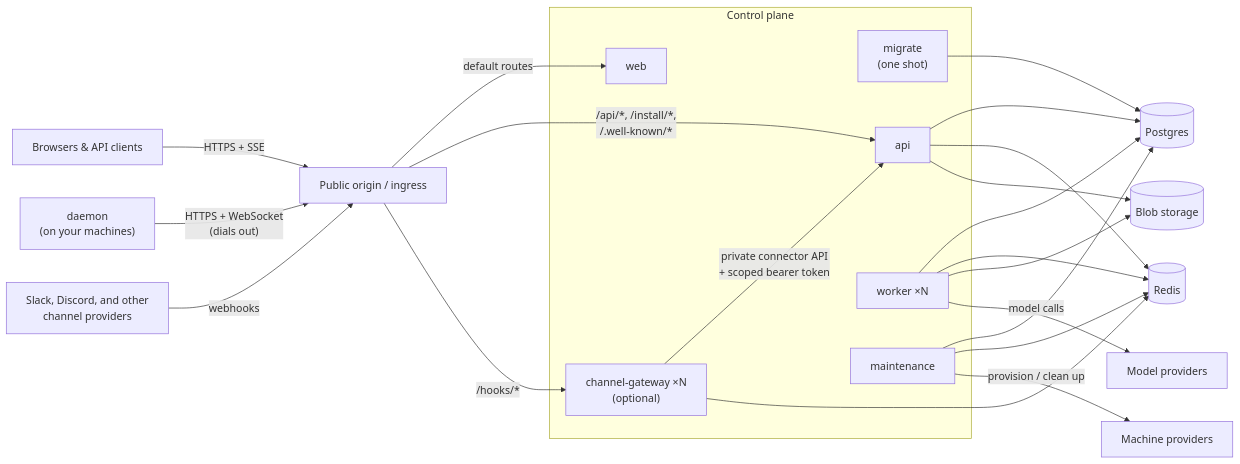
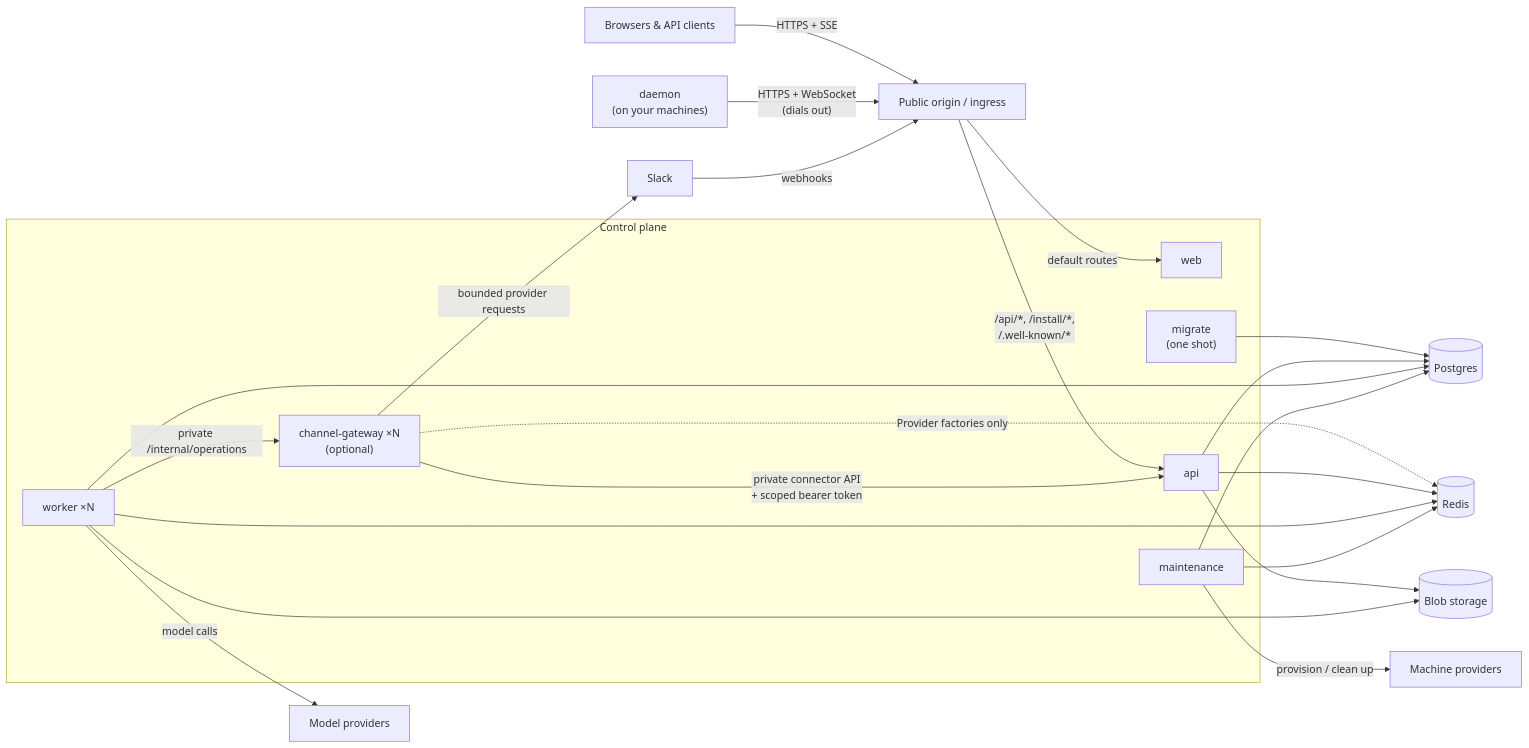
Before and after one commit to omnara-ai/omnara: the diagram in docs/self-hosting/architecture.mdx, drawn with Mermaid. The commit also changed other lines of this file and 460 other files, not shown here.

Commit message:
Implement channel operations and migrate Slack to the gateway

````diff
--- a/docs/self-hosting/architecture.mdx
+++ b/docs/self-hosting/architecture.mdx
@@ -7,32 +7,33 @@
 ```mermaid
 flowchart LR
   clients["Browsers & API clients"] -- "HTTPS + SSE" --> ingress["Public origin / ingress"]
   daemon["daemon<br/>(on your machines)"] -- "HTTPS + WebSocket<br/>(dials out)" --> ingress
-  channels["Slack, Discord, and other<br/>channel providers"] -- "webhooks" --> ingress
+  channels["Slack"] -- "webhooks" --> ingress
 
   subgraph cp["Control plane"]
     web["web"]
     migrate["migrate<br/>(one shot)"]
     api["api"]
     worker["worker ×N"]
     maintenance["maintenance"]
     channelGateway["channel-gateway ×N<br/>(optional)"]
   end
 
   ingress -- "default routes" --> web
   ingress -- "/api/*, /install/*,<br/>/.well-known/*" --> api
-  ingress -- "/hooks/*" --> channelGateway
   channelGateway -- "private connector API<br/>+ scoped bearer token" --> api
-  channelGateway --> redis
+  worker -- "private /internal/operations" --> channelGateway
+  channelGateway -- "bounded provider requests" --> channels
+  channelGateway -.->|Provider factories only| redis
   migrate --> pg[("Postgres")]
   api --> pg
   api --> redis[("Redis")]
   api --> blob[("Blob storage")]
   worker --> pg
   worker --> redis
   worker --> blob
   worker -- "model calls" --> providers["Model providers"]
   maintenance --> pg
   maintenance --> redis
   maintenance -- "provision / clean up" --> mp["Machine providers"]
 ```
````
